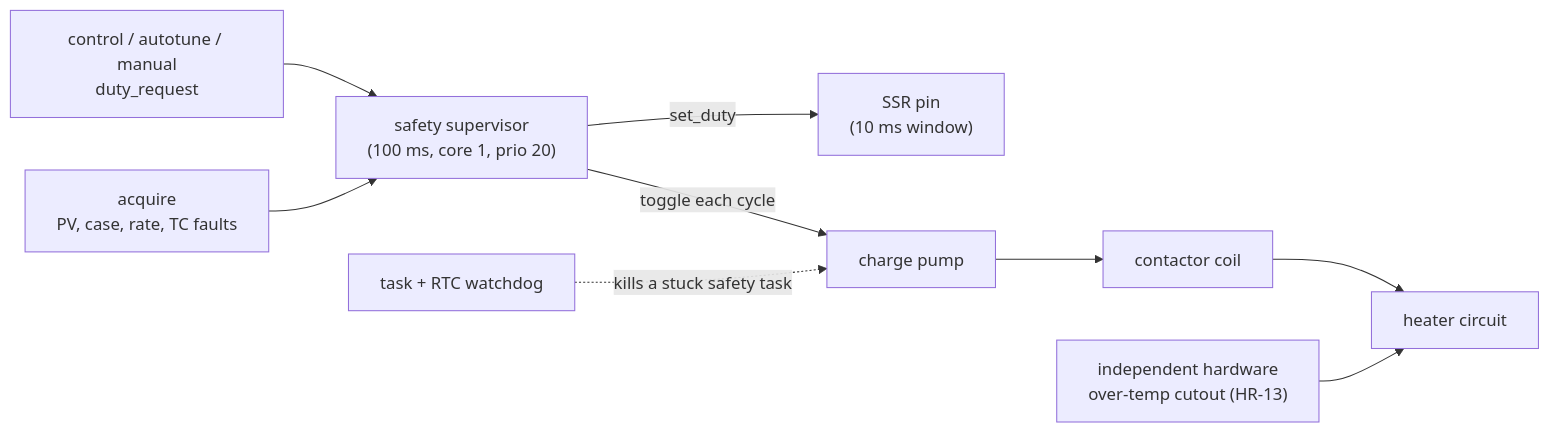
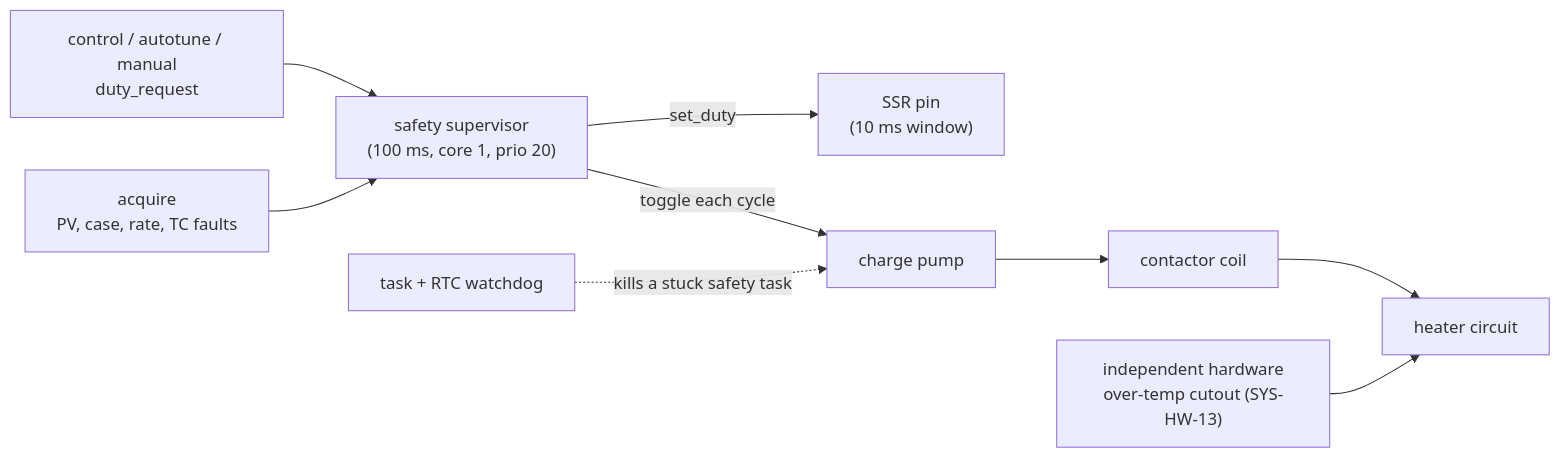
Before and after one commit to bitcrushtesting/SafeKilnController: the sixth of 7 diagrams in docs/architecture.md, drawn with Mermaid. The commit also changed other lines of this file and 166 other files, not shown here.

````diff
--- a/docs/architecture.md
+++ b/docs/architecture.md
@@ -429,12 +429,12 @@
 ```mermaid
 flowchart LR
     CT["control / autotune / manual<br/>duty_request"] --> SF
     AQ["acquire<br/>PV, case, rate, TC faults"] --> SF
     SF["safety supervisor<br/>(100 ms, core 1, prio 20)"]
     SF -->|"set_duty"| SSR["SSR pin<br/>(10 ms window)"]
     SF -->|"toggle each cycle"| CP["charge pump"]
     CP --> CON["contactor coil"]
     CON --> MAINS["heater circuit"]
-    CUT["independent hardware<br/>over-temp cutout (HR-13)"] --> MAINS
+    CUT["independent hardware<br/>over-temp cutout (SYS-HW-13)"] --> MAINS
     WDT["task + RTC watchdog"] -.->|"kills a stuck safety task"| CP
 ```
````
